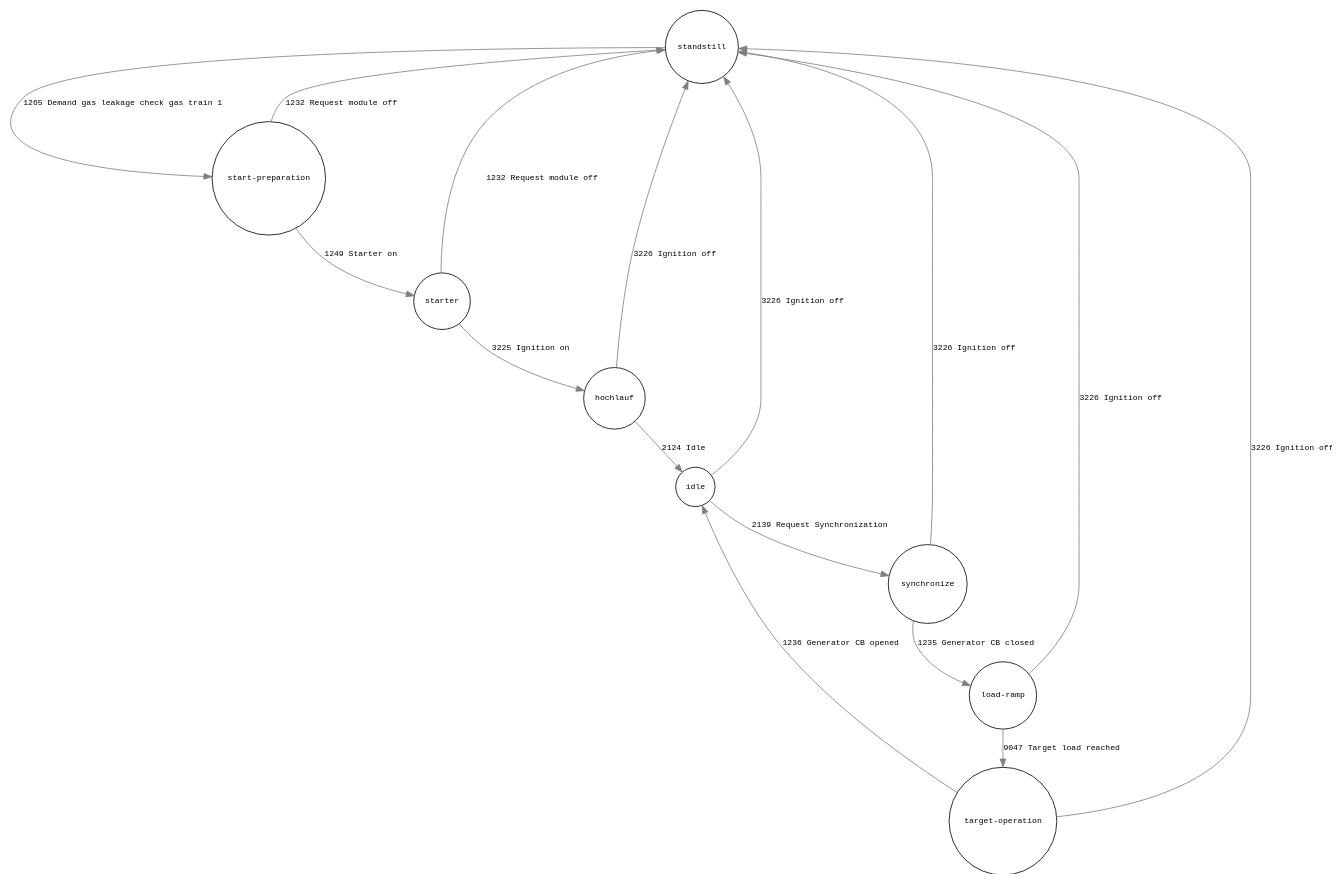
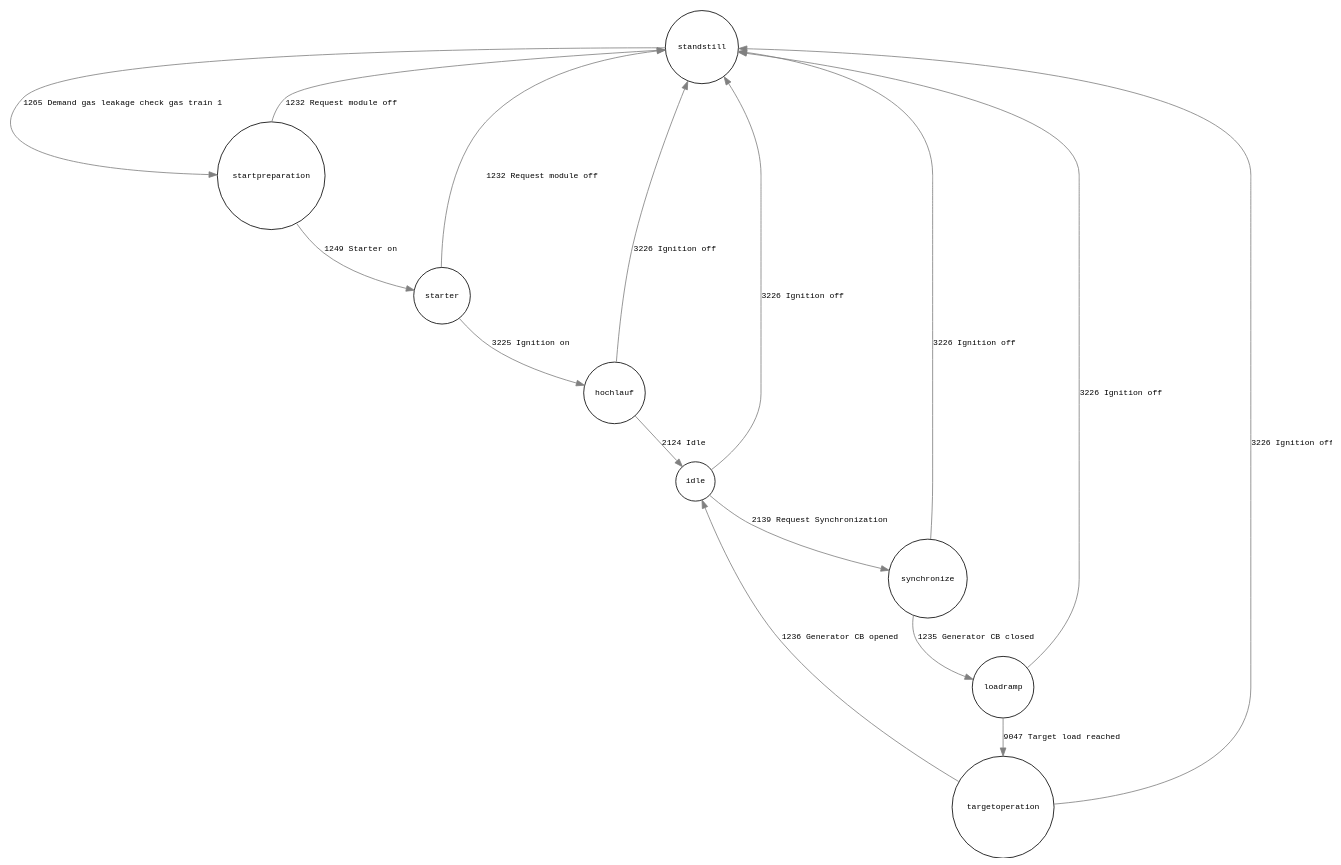
One commit to dieterch/statemachine changed the diagram in test.dot. Above: the diagram before and after it, drawn with Graphviz. The commit also changed 5 other files, not shown here.

```diff
--- a/test.dot
+++ b/test.dot
@@ -1,28 +1,28 @@
 digraph G {
     graph [rankdir=TB labelfontcolor=red fontname="monospace" nodesep=1 size="20,33"]
     node [fontname="monospace" fontsize=10  shape="circle"]
     edge [fontname="monospace" color="grey" fontsize=10]
     standstill [label="standstill"]
     standstill -> startpreparation [label="1265 Demand gas leakage check gas train 1"]
-    startpreparation [label="start-preparation"]
+    startpreparation [label="startpreparation"]
     startpreparation -> starter [label="1249 Starter on"]
     startpreparation -> standstill [label="1232 Request module off"]
     starter [label="starter"]
     starter -> hochlauf [label="3225 Ignition on"]
     starter -> standstill [label="1232 Request module off"]
     hochlauf [label="hochlauf"]
     hochlauf -> idle [label="2124 Idle"]
     hochlauf -> standstill [label="3226 Ignition off"]
     idle [label="idle"]
     idle -> synchronize [label="2139 Request Synchronization"]
     idle -> standstill [label="3226 Ignition off"]
     synchronize [label="synchronize"]
     synchronize -> loadramp [label="1235 Generator CB closed"]
     synchronize -> standstill [label="3226 Ignition off"]
-    loadramp [label="load-ramp"]
+    loadramp [label="loadramp"]
     loadramp -> targetoperation [label="9047 Target load reached"]
     loadramp -> standstill [label="3226 Ignition off"]
-    targetoperation [label="target-operation"]
+    targetoperation [label="targetoperation"]
     targetoperation -> idle [label="1236 Generator CB opened"]
     targetoperation -> standstill [label="3226 Ignition off"]
 }
```
